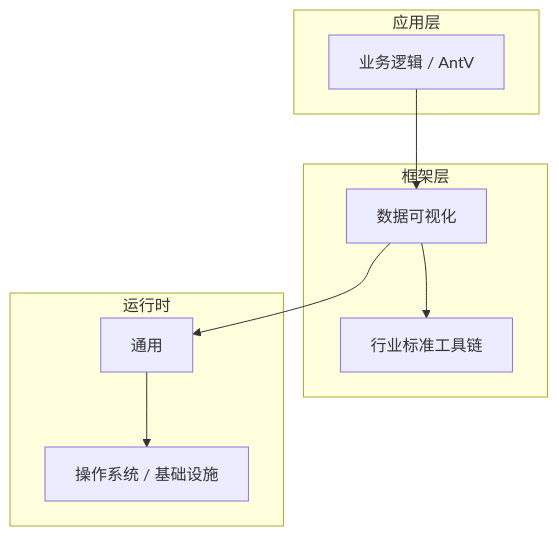
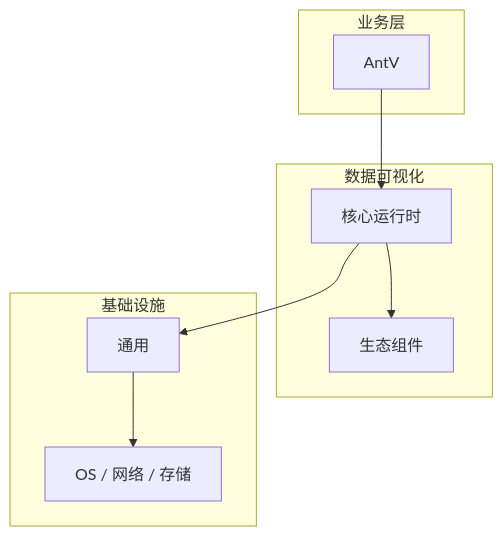
Before and after one commit to yanggan2015/knowledge-json-v2: the diagram in articles/数据可视化/chapters/031-AntV核心概念与原理.md, drawn with Mermaid. The commit also changed other lines of this file and 10127 other files, not shown here.

````diff
--- a/articles/数据可视化/chapters/031-AntV核心概念与原理.md
+++ b/articles/数据可视化/chapters/031-AntV核心概念与原理.md
@@ -45,18 +34,18 @@
 ```mermaid
 graph TB
-    subgraph 应用层
-        A[业务逻辑 / AntV]
+    subgraph 业务层
+        A[AntV]
     end
-    subgraph 框架层
-        B[数据可视化]
-        C[行业标准工具链]
+    subgraph 数据可视化
+        B[核心运行时]
+        C[生态组件]
     end
-    subgraph 运行时
+    subgraph 基础设施
         D[通用]
-        E[操作系统 / 基础设施]
+        E[OS / 网络 / 存储]
     end
     A --> B
     B --> C
     B --> D
     D --> E
 ```
````
